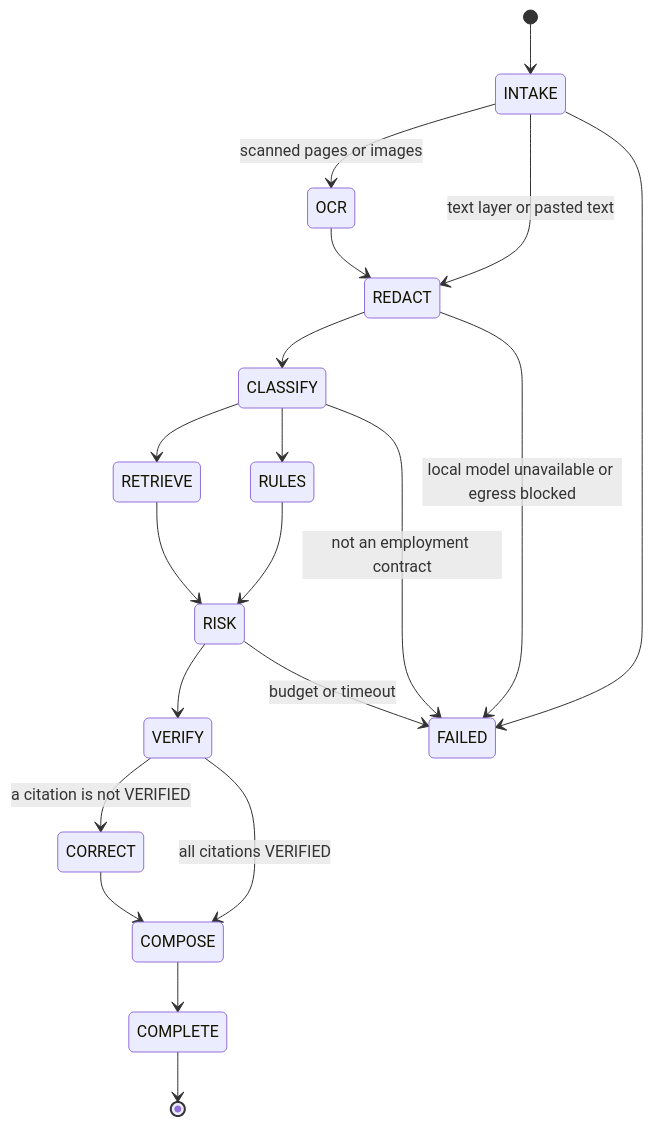
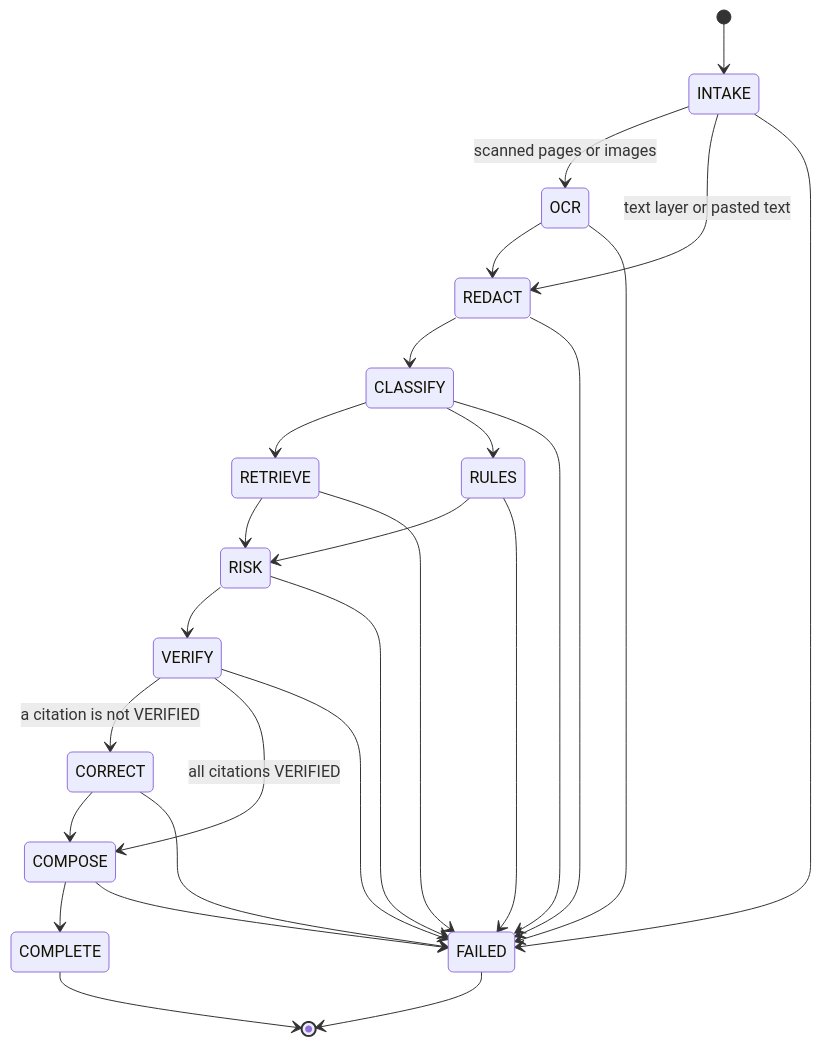
One commit to IfteakarAhmed/shromikai changed the fourth of 7 diagrams in docs/spec/architecture.md. Above: the diagram before and after it, drawn with Mermaid. The commit also changed other lines of this file and 22 other files, not shown here.

````diff
--- a/docs/spec/architecture.md
+++ b/docs/spec/architecture.md
@@ -169,22 +172,29 @@
 ```mermaid
 stateDiagram-v2
     [*] --> INTAKE
     INTAKE --> OCR: scanned pages or images
     INTAKE --> REDACT: text layer or pasted text
     OCR --> REDACT
     REDACT --> CLASSIFY
     CLASSIFY --> RETRIEVE
     CLASSIFY --> RULES
     RETRIEVE --> RISK
     RULES --> RISK
     RISK --> VERIFY
     VERIFY --> CORRECT: a citation is not VERIFIED
     VERIFY --> COMPOSE: all citations VERIFIED
     CORRECT --> COMPOSE
     COMPOSE --> COMPLETE
     COMPLETE --> [*]
     INTAKE --> FAILED
-    REDACT --> FAILED: local model unavailable or egress blocked
-    CLASSIFY --> FAILED: not an employment contract
-    RISK --> FAILED: budget or timeout
+    OCR --> FAILED
+    REDACT --> FAILED
+    CLASSIFY --> FAILED
+    RETRIEVE --> FAILED
+    RULES --> FAILED
+    RISK --> FAILED
+    VERIFY --> FAILED
+    CORRECT --> FAILED
+    COMPOSE --> FAILED
+    FAILED --> [*]
 ```
````
